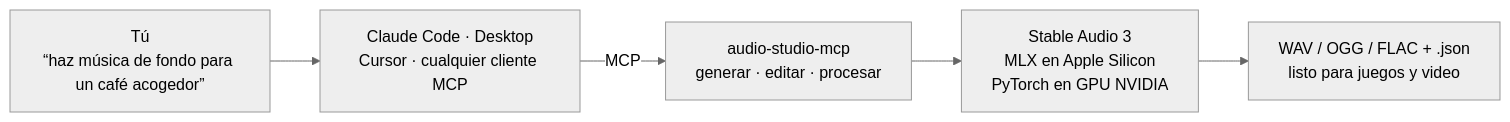
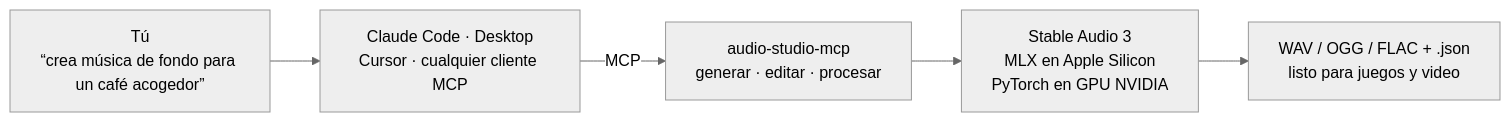
The diagram in README.es.md (kanaworksai-hue/audio-studio-mcp), drawn with Mermaid (neutral theme) before and after one commit. The commit also changed other lines of this file and 2 other files, not shown here.

````diff
--- a/README.es.md
+++ b/README.es.md
@@ -64,7 +64,7 @@
 ```mermaid
 flowchart LR
-    U["Tú<br/>“haz música de fondo para un café acogedor”"] --> C["Claude Code · Desktop<br/>Cursor · cualquier cliente MCP"]
+    U["Tú<br/>“crea música de fondo para un café acogedor”"] --> C["Claude Code · Desktop<br/>Cursor · cualquier cliente MCP"]
     C -- "MCP" --> S["audio-studio-mcp<br/>generar · editar · procesar"]
     S --> M["Stable Audio 3<br/>MLX en Apple Silicon<br/>PyTorch en GPU NVIDIA"]
     M --> F["WAV / OGG / FLAC + .json<br/>listo para juegos y video"]
 ```
````
